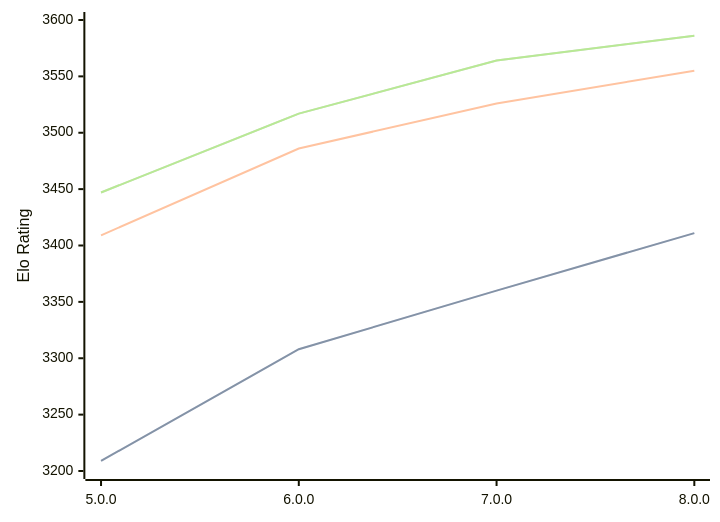
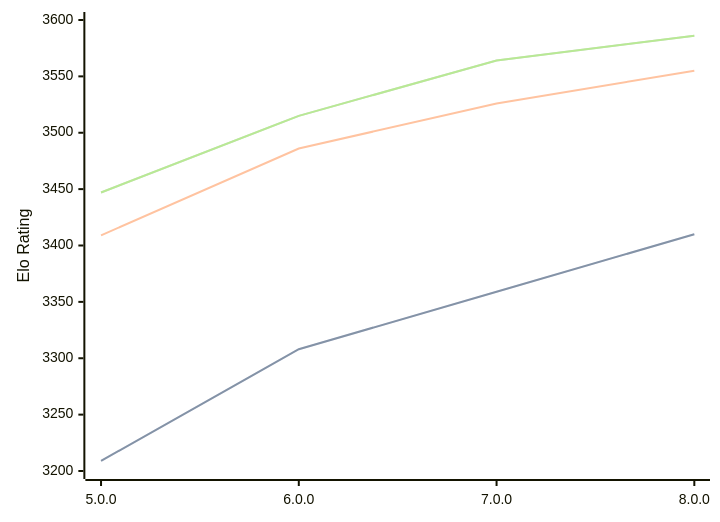
The diagram in engines/Stormphrax.md (computer-chess-index/cci), drawn with Mermaid before and after one commit. The commit also changed other lines of this file, not shown here.

Commit message:
Update CCI Ratings (ELO VLTC) - 2026-10-01

````diff
--- a/engines/Stormphrax.md
+++ b/engines/Stormphrax.md
@@ -34,11 +34,11 @@
 ```mermaid
 %%{init: {"theme":"base","themeVariables":{"seriesColors:['#a3a3a3','#222221','#faa371']}}}%%
 xychart-beta
   x-axis ["5.0.0", "6.0.0", "7.0.0", "8.0.0"]
   y-axis "Elo Rating" 3200 --> 3600
-  line "" [3209, 3308, 3360, 3411]
-  line "STC (8.0+0.08s)" [3209, 3308, 3360, 3411]
+  line "" [3209, 3308, 3359, 3410]
+  line "STC (8.0+0.08s)" [3209, 3308, 3359, 3410]
   line "LTC (60.0+0.60s)" [3409, 3486, 3526, 3555]
-  line "" [3447, 3517, 3564, 3586]
-  line "VLTC (2m24s+1.12s)" [3447, 3517, 3564, 3586]
+  line "" [3447, 3515, 3564, 3586]
+  line "VLTC (2m24s+1.12s)" [3447, 3515, 3564, 3586]
 ```
````
